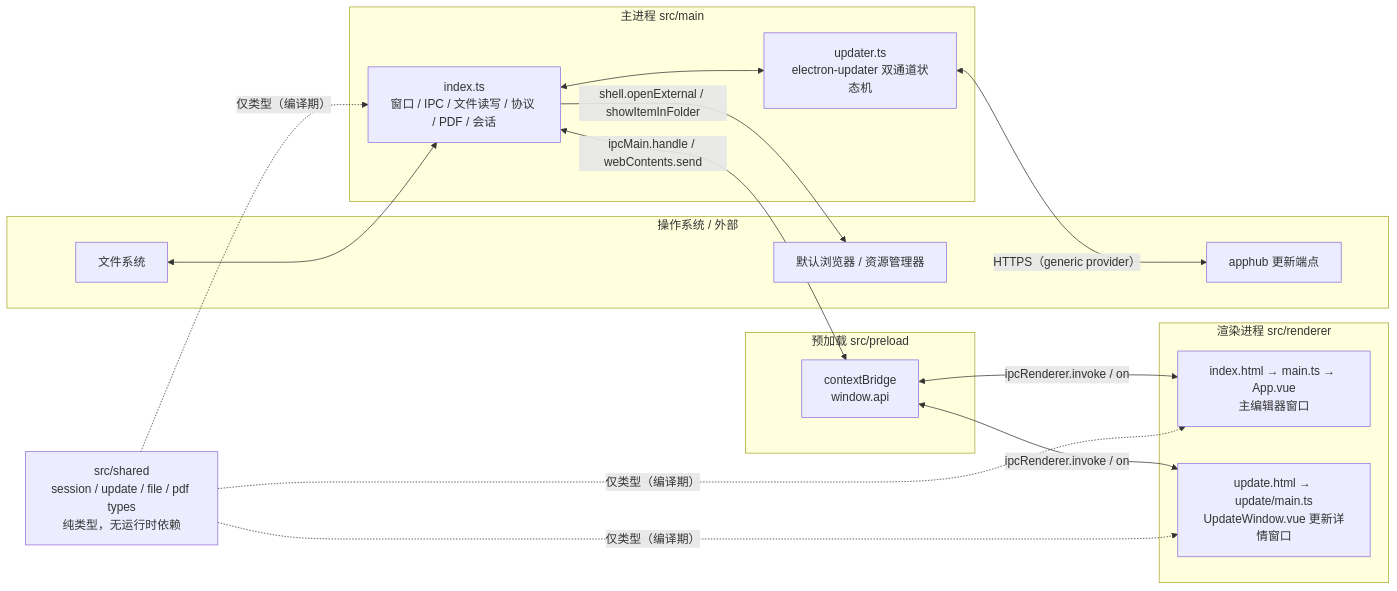
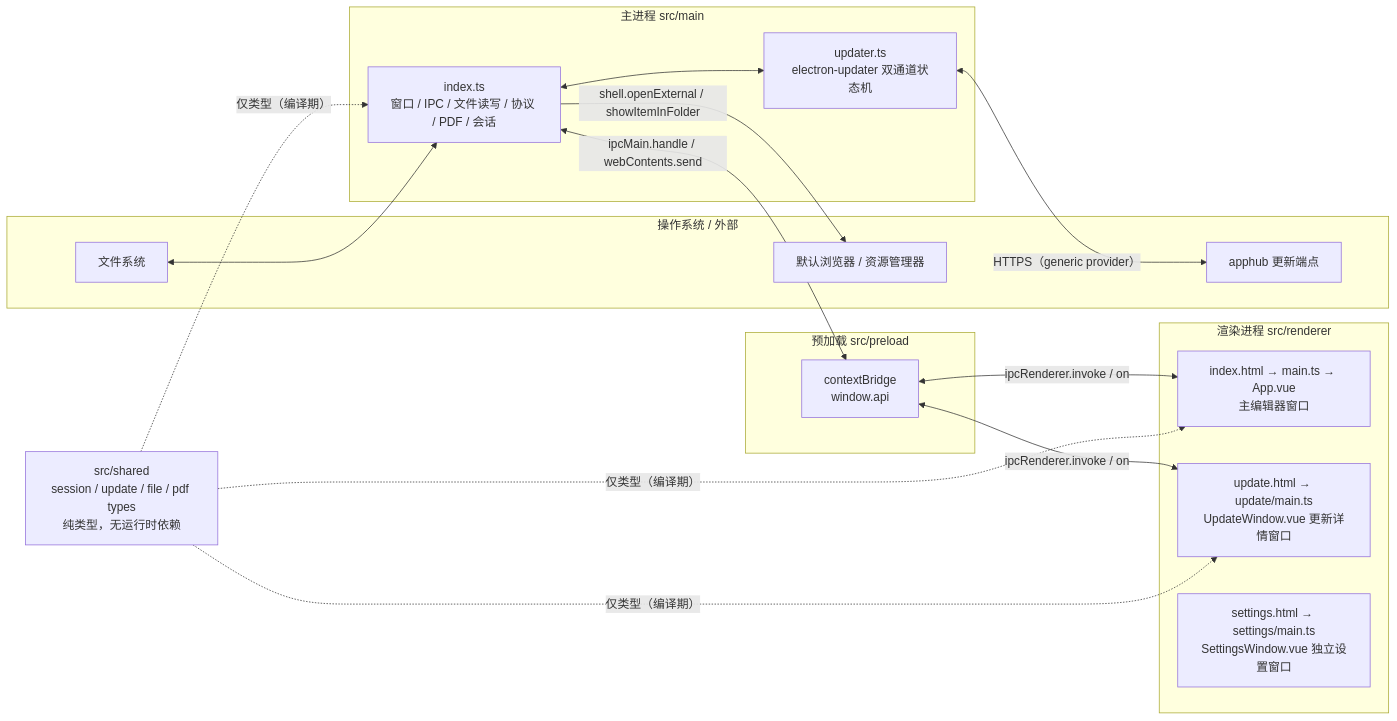
The first of 5 diagrams in docs/架构总览.md (Harley-xk/mark-it), drawn with Mermaid before and after one commit. The commit also changed other lines of this file and 38 other files, not shown here.

````diff
--- a/docs/架构总览.md
+++ b/docs/架构总览.md
@@ -64,35 +65,36 @@
 ```mermaid
 flowchart LR
   subgraph OS["操作系统 / 外部"]
     FS["文件系统"]
     SHELL["默认浏览器 / 资源管理器"]
     APPHUB["apphub 更新端点"]
   end
 
   subgraph MAIN["主进程 src/main"]
     MI["index.ts<br/>窗口 / IPC / 文件读写 / 协议 / PDF / 会话"]
     MU["updater.ts<br/>electron-updater 双通道状态机"]
   end
 
   subgraph PRELOAD["预加载 src/preload"]
     PA["contextBridge<br/>window.api"]
   end
 
   subgraph RENDERER["渲染进程 src/renderer"]
     R1["index.html → main.ts → App.vue<br/>主编辑器窗口"]
     R2["update.html → update/main.ts<br/>UpdateWindow.vue 更新详情窗口"]
+    R3["settings.html → settings/main.ts<br/>SettingsWindow.vue 独立设置窗口"]
   end
 
   SHARED["src/shared<br/>session / update / file / pdf types<br/>纯类型，无运行时依赖"]
 
   FS <--> MI
   MI <--> MU
   MI <-->|"ipcMain.handle / webContents.send"| PA
   PA <-->|"ipcRenderer.invoke / on"| R1
   PA <-->|"ipcRenderer.invoke / on"| R2
   MU <-->|"HTTPS（generic provider）"| APPHUB
   MI -->|"shell.openExternal / showItemInFolder"| SHELL
   SHARED -.->|"仅类型（编译期）"| MI
   SHARED -.->|"仅类型（编译期）"| R1
   SHARED -.->|"仅类型（编译期）"| R2
 ```
````
